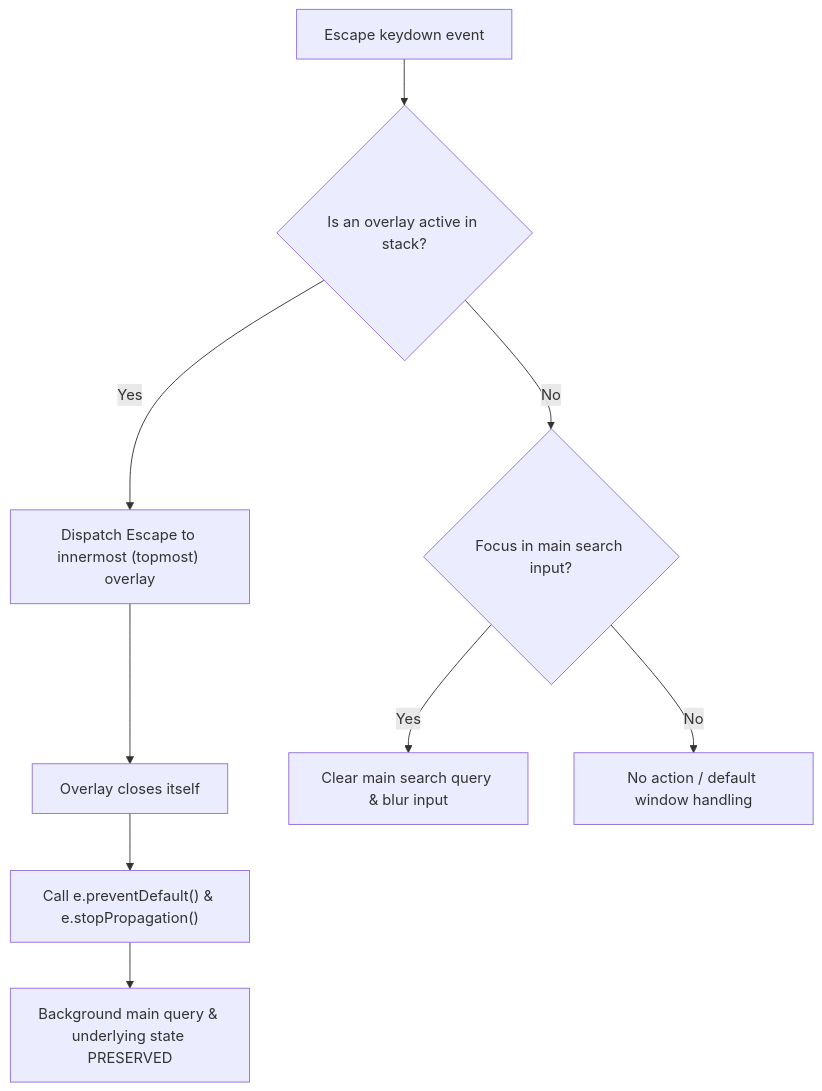
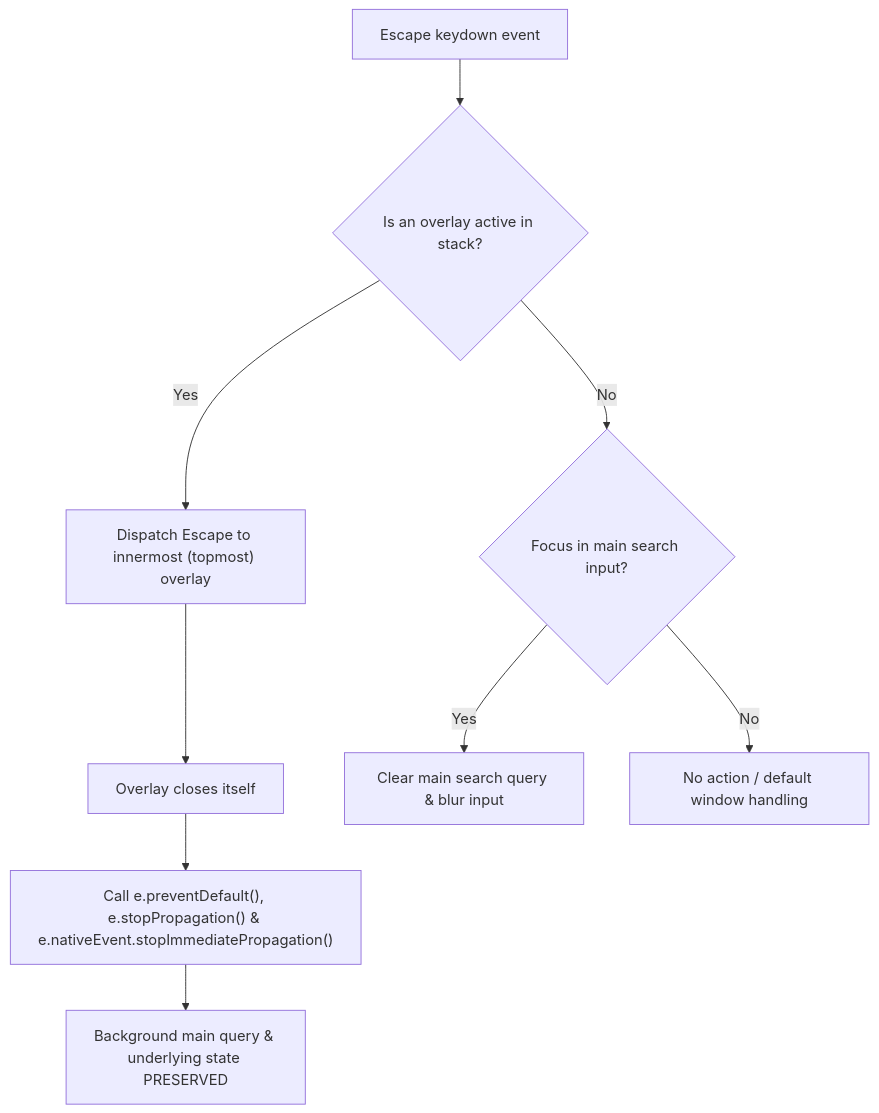
One commit to hollis-labs/projects changed the first of 2 diagrams in parallax/docs/nil-behavior-spec.md. Above: the diagram before and after it, drawn with Mermaid. The commit also changed other lines of this file and 2 other files, not shown here.

````diff
--- a/parallax/docs/nil-behavior-spec.md
+++ b/parallax/docs/nil-behavior-spec.md
@@ -102,12 +104,12 @@
 ```mermaid
 flowchart TD
     KeyDown["Escape keydown event"] --> TopOverlay{"Is an overlay active in stack?"}
     TopOverlay -- Yes --> Innermost["Dispatch Escape to innermost (topmost) overlay"]
     Innermost --> CloseOverlay["Overlay closes itself"]
-    CloseOverlay --> StopEvent["Call e.preventDefault() & e.stopPropagation()"]
+    CloseOverlay --> StopEvent["Call e.preventDefault(), e.stopPropagation() & e.nativeEvent.stopImmediatePropagation()"]
     StopEvent --> RetainQuery["Background main query & underlying state PRESERVED"]
 
     TopOverlay -- No --> MainFocus{"Focus in main search input?"}
     MainFocus -- Yes --> ClearQuery["Clear main search query & blur input"]
     MainFocus -- No --> NoAction["No action / default window handling"]
 ```
````
